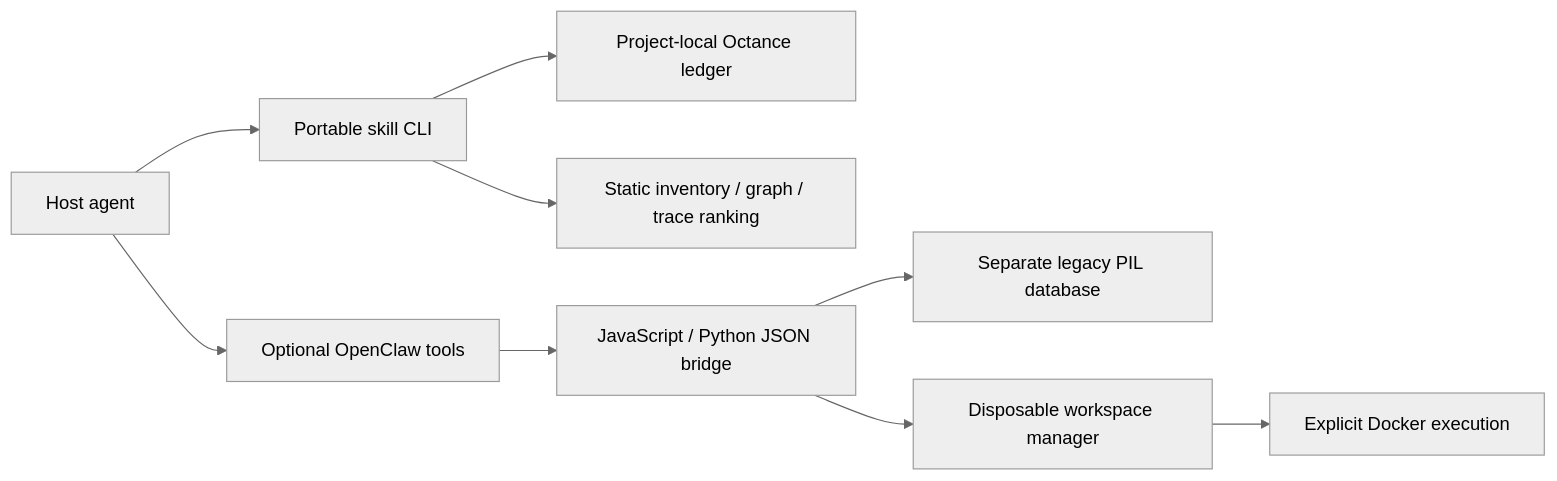
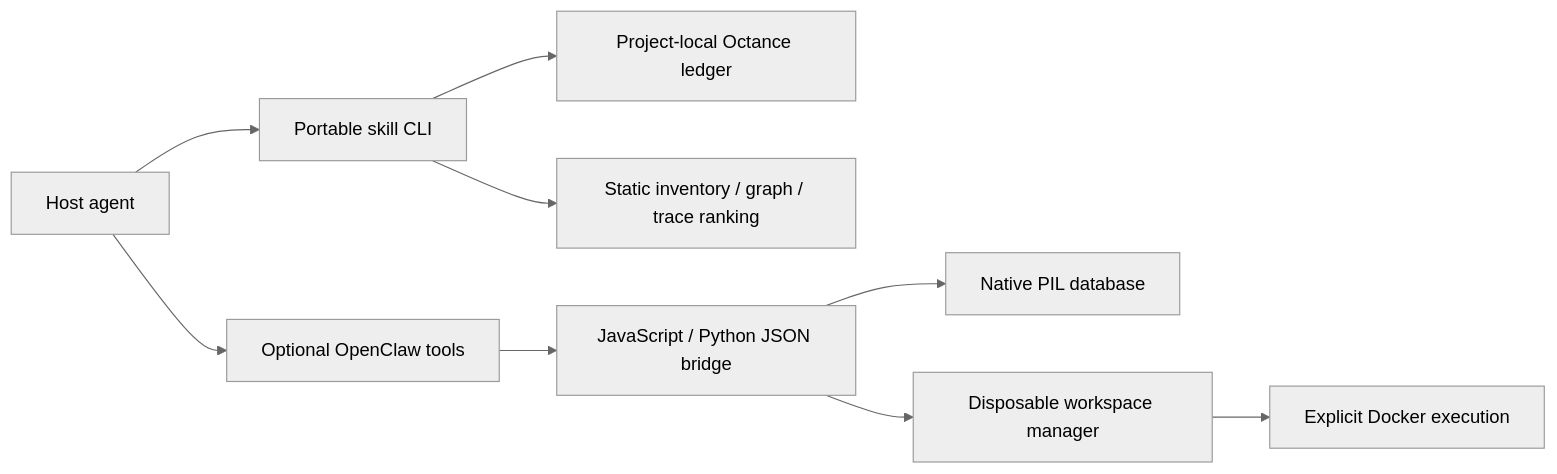
Before and after one commit to tempothrone-star/Octane: the diagram in docs/project-review.md, drawn with Mermaid (neutral theme). The commit also changed other lines of this file and 14 other files, not shown here.

````diff
--- a/docs/project-review.md
+++ b/docs/project-review.md
@@ -18,11 +19,11 @@
 ```mermaid
 flowchart LR
     Agent[Host agent] --> Skill[Portable skill CLI]
     Skill --> Ledger[Project-local Octance ledger]
     Skill --> Triage[Static inventory / graph / trace ranking]
     Agent --> Plugin[Optional OpenClaw tools]
     Plugin --> Bridge[JavaScript / Python JSON bridge]
-    Bridge --> PIL[Separate legacy PIL database]
+    Bridge --> PIL[Native PIL database]
     Bridge --> Workspace[Disposable workspace manager]
     Workspace --> Docker[Explicit Docker execution]
 ```
````
